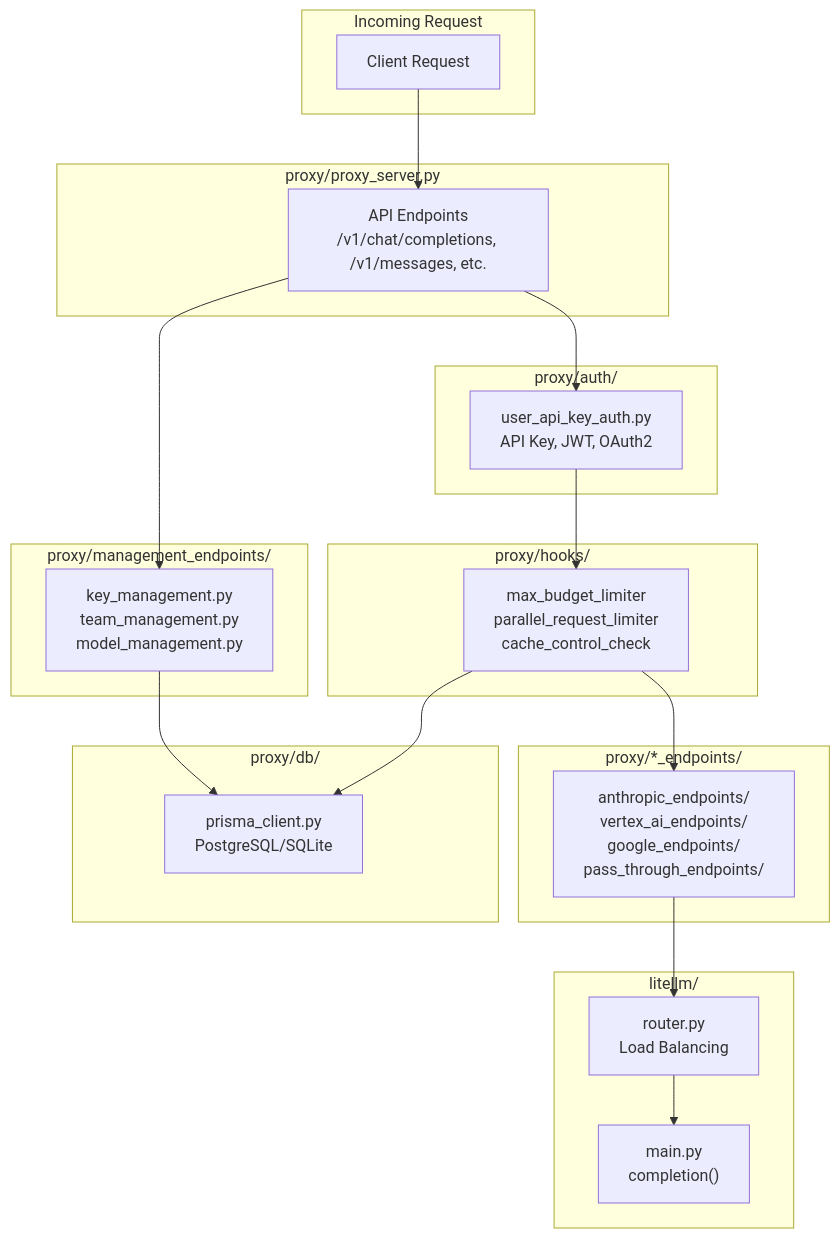
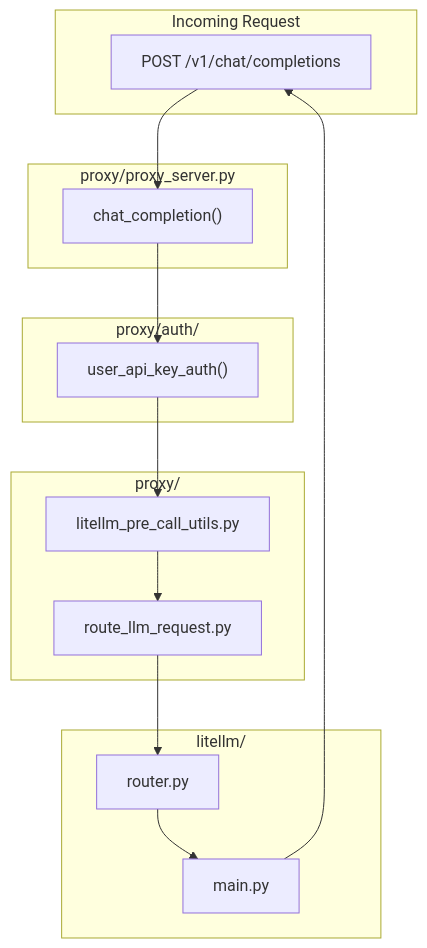
Before and after one commit to BerriAI/litellm: the second of 2 diagrams in ARCHITECTURE.md, drawn with Mermaid.

````diff
--- a/ARCHITECTURE.md
+++ b/ARCHITECTURE.md
@@ -35,45 +35,32 @@
 ```mermaid
 graph TD
     subgraph "Incoming Request"
-        Client["Client Request"]
+        Client["POST /v1/chat/completions"]
     end
 
     subgraph "proxy/proxy_server.py"
-        Endpoint["API Endpoints<br/>/v1/chat/completions, /v1/messages, etc."]
+        Endpoint["chat_completion()"]
     end
 
     subgraph "proxy/auth/"
-        Auth["user_api_key_auth.py<br/>API Key, JWT, OAuth2"]
+        Auth["user_api_key_auth()"]
     end
 
-    subgraph "proxy/hooks/"
-        Hooks["max_budget_limiter<br/>parallel_request_limiter<br/>cache_control_check"]
-    end
-
-    subgraph "proxy/*_endpoints/"
-        LLMEndpoints["anthropic_endpoints/<br/>vertex_ai_endpoints/<br/>google_endpoints/<br/>pass_through_endpoints/"]
+    subgraph "proxy/"
+        PreCall["litellm_pre_call_utils.py"]
+        RouteRequest["route_llm_request.py"]
     end
 
     subgraph "litellm/"
-        Router["router.py<br/>Load Balancing"]
-        Main["main.py<br/>completion()"]
-    end
-
-    subgraph "proxy/management_endpoints/"
-        Management["key_management.py<br/>team_management.py<br/>model_management.py"]
-    end
-
-    subgraph "proxy/db/"
-        DB["prisma_client.py<br/>PostgreSQL/SQLite"]
+        Router["router.py"]
+        Main["main.py"]
     end
 
     Client --> Endpoint
     Endpoint --> Auth
-    Auth --> Hooks
-    Hooks --> LLMEndpoints
-    LLMEndpoints --> Router
+    Auth --> PreCall
+    PreCall --> RouteRequest
+    RouteRequest --> Router
     Router --> Main
-    Endpoint --> Management
-    Management --> DB
-    Hooks --> DB
+    Main --> Client
 ```
````
